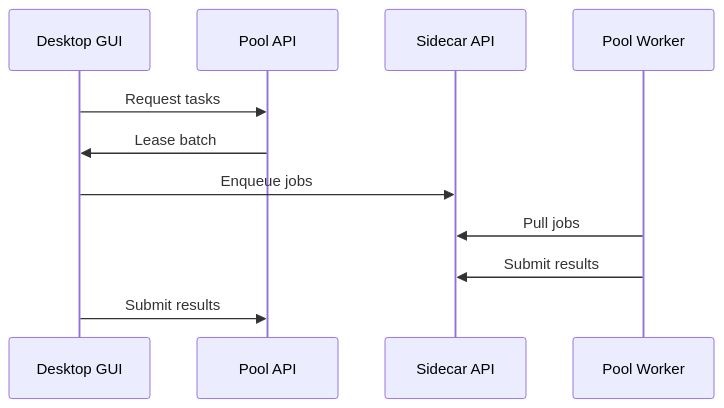
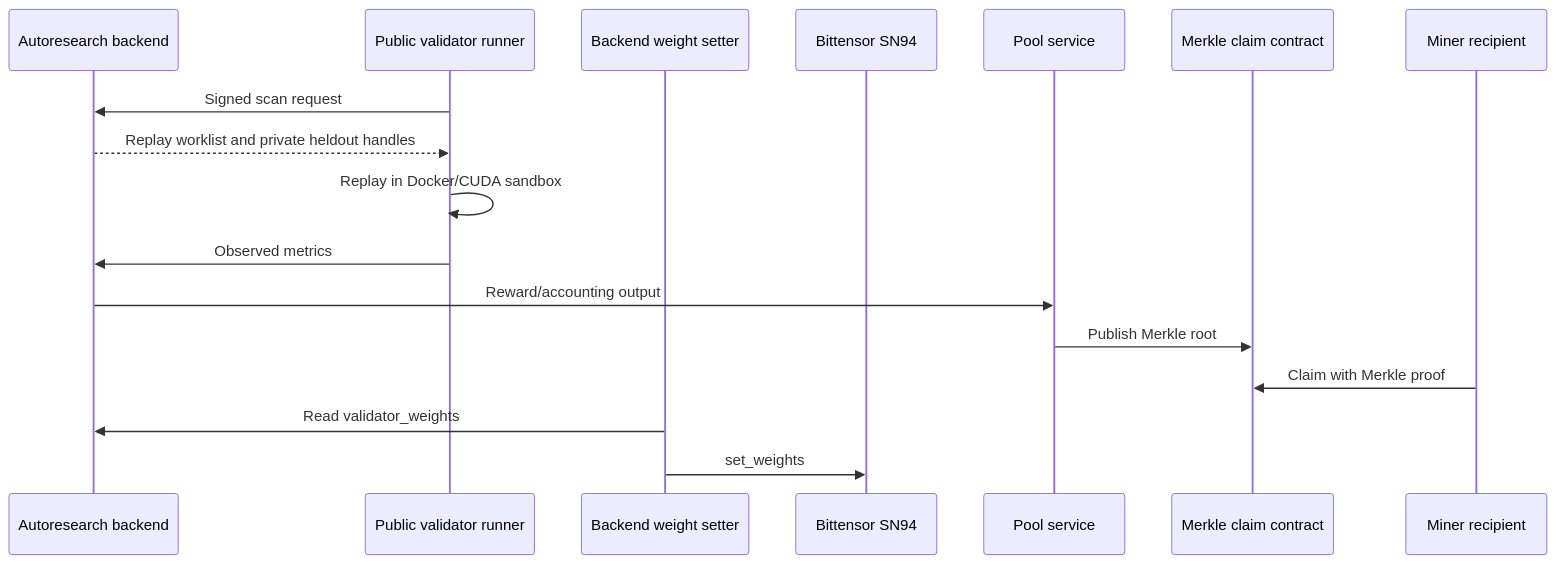
The second of 3 diagrams in docs/architecture.md (AlveusLabs/SN94-BitSota), drawn with Mermaid before and after one commit. The commit also changed other lines of this file and 3 other files, not shown here.

Commit message:
Publish validator docs on main

````diff
--- a/docs/architecture.md
+++ b/docs/architecture.md
@@ -27,14 +26,20 @@
 ```mermaid
 sequenceDiagram
-  participant GUI as Desktop GUI
-  participant Pool as Pool API
-  participant Sidecar as Sidecar API
-  participant Worker as Pool Worker
+  participant Backend as Autoresearch backend
+  participant Validator as Public validator runner
+  participant WeightSetter as Backend weight setter
+  participant Chain as Bittensor SN94
+  participant Pool as Pool service
+  participant Contract as Merkle claim contract
+  participant Miner as Miner recipient
 
-  GUI->>Pool: Request tasks
-  Pool->>GUI: Lease batch
-  GUI->>Sidecar: Enqueue jobs
-  Worker->>Sidecar: Pull jobs
-  Worker->>Sidecar: Submit results
-  GUI->>Pool: Submit results
+  Validator->>Backend: Signed scan request
+  Backend-->>Validator: Replay worklist and private heldout handles
+  Validator->>Validator: Replay in Docker/CUDA sandbox
+  Validator->>Backend: Observed metrics
+  Backend->>Pool: Reward/accounting output
+  Pool->>Contract: Publish Merkle root
+  Miner->>Contract: Claim with Merkle proof
+  WeightSetter->>Backend: Read validator_weights
+  WeightSetter->>Chain: set_weights
 ```
````
